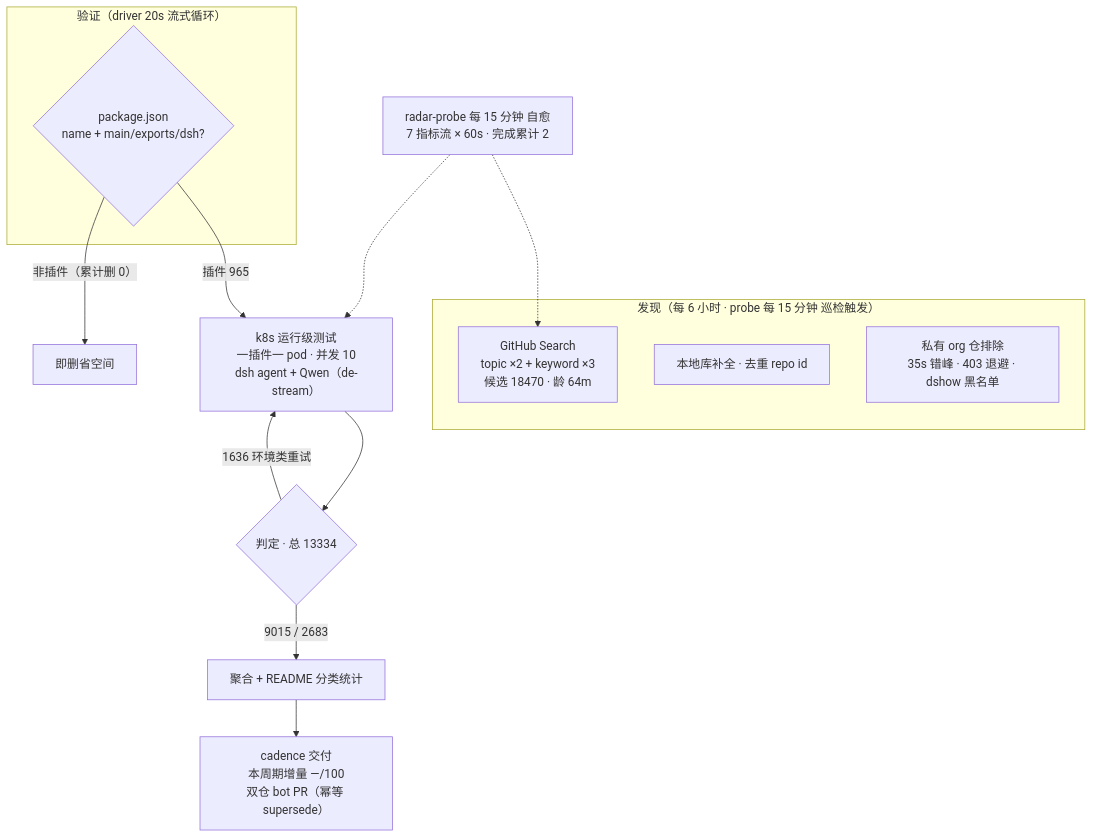
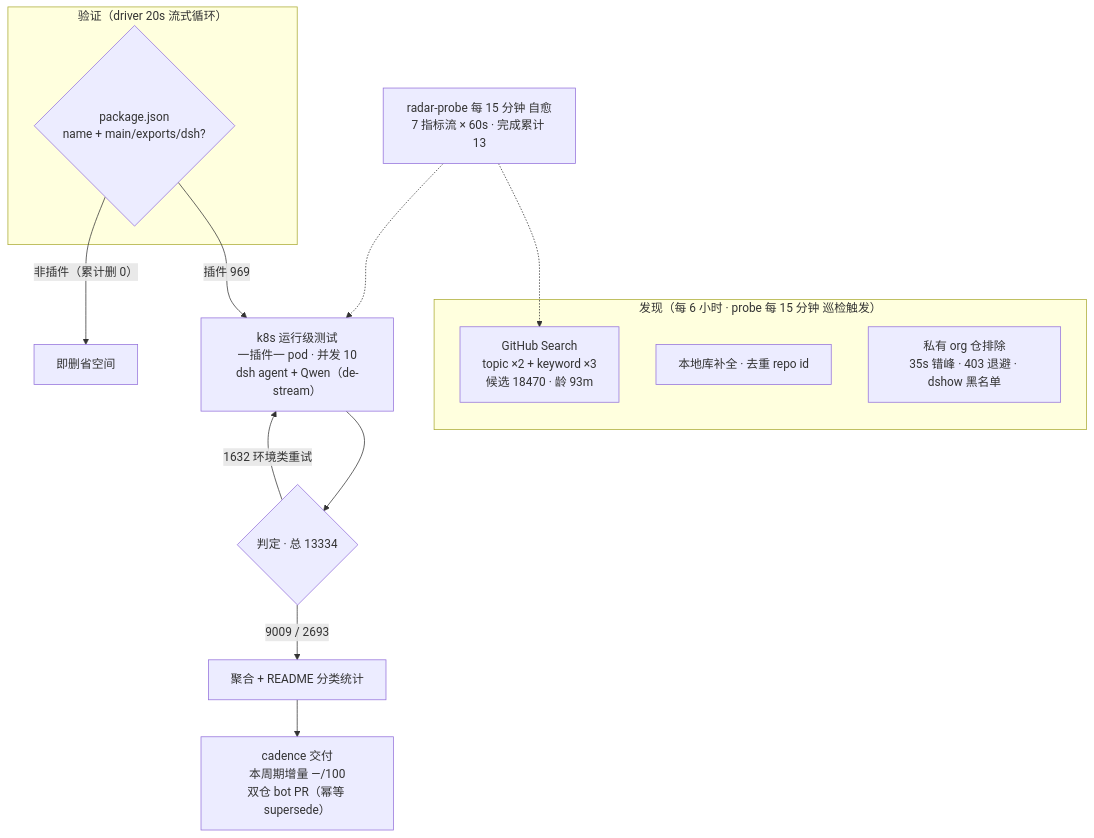
Before and after one commit to AdamPlatin123/awesome-dsh-plugins: the diagram in README.md, drawn with Mermaid. The commit also changed other lines of this file and 11 other files, not shown here.

````diff
--- a/README.md
+++ b/README.md
@@ -52,20 +52,20 @@
 ```mermaid
 flowchart TB
     subgraph Discovery["发现（每 6 小时 · probe 每 15 分钟 巡检触发）"]
-        A1["GitHub Search<br/>topic ×2 + keyword ×3<br/>候选 18470 · 龄 64m"]
+        A1["GitHub Search<br/>topic ×2 + keyword ×3<br/>候选 18470 · 龄 93m"]
         A2["本地库补全 · 去重 repo id"]
         A3["私有 org 仓排除<br/>35s 错峰 · 403 退避 · dshow 黑名单"]
     end
     subgraph Validation["验证（driver 20s 流式循环）"]
         B1{"package.json<br/>name + main/exports/dsh?"}
     end
-    B1 -->|"插件 965"| C1["k8s 运行级测试<br/>一插件一 pod · 并发 10<br/>dsh agent + Qwen（de-stream）"]
+    B1 -->|"插件 969"| C1["k8s 运行级测试<br/>一插件一 pod · 并发 10<br/>dsh agent + Qwen（de-stream）"]
     B1 -->|"非插件（累计删 0）"| B3["即删省空间"]
     C1 --> D1{"判定 · 总 13334"}
-    D1 -->|"9015 / 2683"| E1["聚合 + README 分类统计"]
-    D1 -->|"1636 环境类重试"| C1
+    D1 -->|"9009 / 2693"| E1["聚合 + README 分类统计"]
+    D1 -->|"1632 环境类重试"| C1
     E1 --> E2["cadence 交付<br/>本周期增量 —/100<br/>双仓 bot PR（幂等 supersede）"]
-    M["radar-probe 每 15 分钟 自愈<br/>7 指标流 × 60s · 完成累计 2"]
+    M["radar-probe 每 15 分钟 自愈<br/>7 指标流 × 60s · 完成累计 13"]
     M -.-> A1
     M -.-> C1
 ```
````
